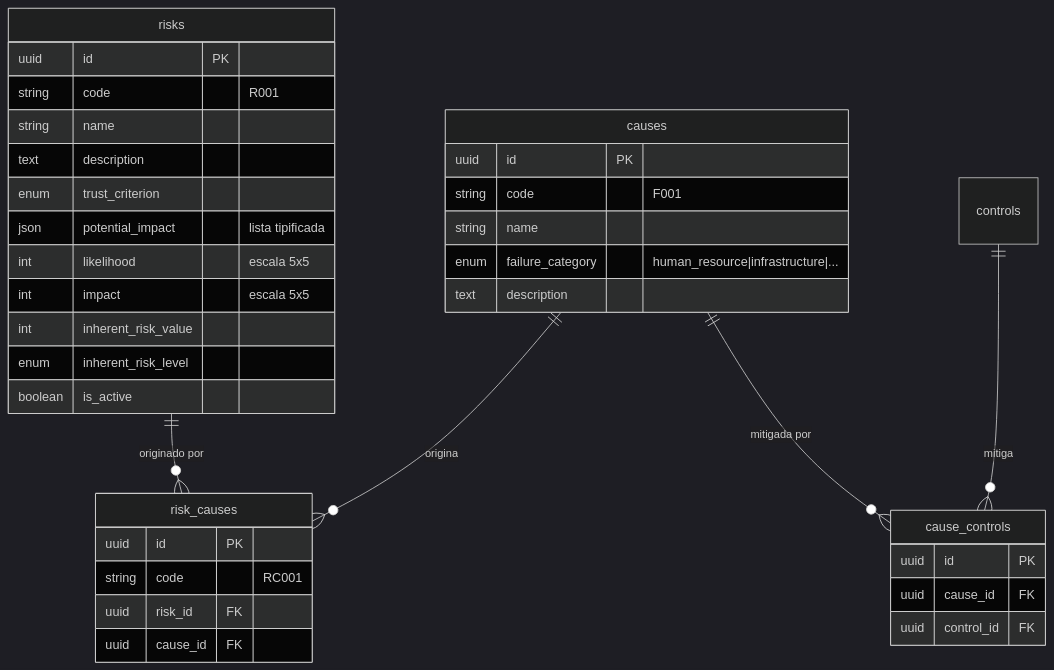
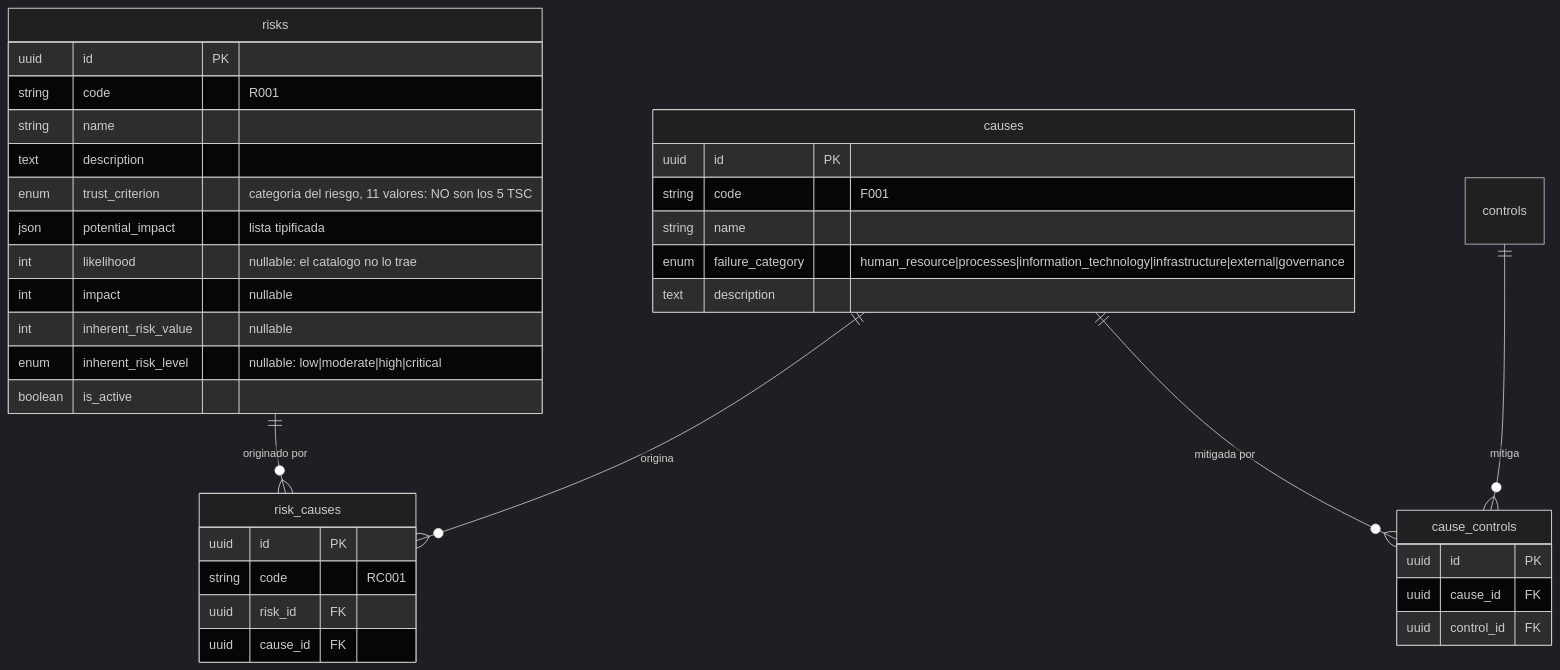
One commit to Monkey-GRC/Monkey-Brain-IA changed the fourth of 16 diagrams in skills/product/monkey-compliance-council/references/modelo-datos.md. Above: the diagram before and after it, drawn with Mermaid (dark theme). The commit also changed other lines of this file and 10 other files, not shown here.

Commit message:
docs(model): update relational model after migration review (D26-D34) and absorb schema implementation log

````diff
--- a/skills/product/monkey-compliance-council/references/modelo-datos.md
+++ b/skills/product/monkey-compliance-council/references/modelo-datos.md
@@ -513,38 +514,38 @@
 ```mermaid
 erDiagram
     risks {
         uuid id PK
         string code "R001"
         string name
         text description
-        enum trust_criterion
+        enum trust_criterion "categoria del riesgo, 11 valores: NO son los 5 TSC"
         json potential_impact "lista tipificada"
-        int likelihood "escala 5x5"
-        int impact "escala 5x5"
-        int inherent_risk_value
-        enum inherent_risk_level
+        int likelihood "nullable: el catalogo no lo trae"
+        int impact "nullable"
+        int inherent_risk_value "nullable"
+        enum inherent_risk_level "nullable: low|moderate|high|critical"
         boolean is_active
     }
     causes {
         uuid id PK
         string code "F001"
         string name
-        enum failure_category "human_resource|infrastructure|..."
+        enum failure_category "human_resource|processes|information_technology|infrastructure|external|governance"
         text description
     }
     risk_causes {
         uuid id PK
         string code "RC001"
         uuid risk_id FK
         uuid cause_id FK
     }
     cause_controls {
         uuid id PK
         uuid cause_id FK
         uuid control_id FK
     }
     risks ||--o{ risk_causes : "originado por"
     causes ||--o{ risk_causes : "origina"
     causes ||--o{ cause_controls : "mitigada por"
     controls ||--o{ cause_controls : "mitiga"
 ```
````
